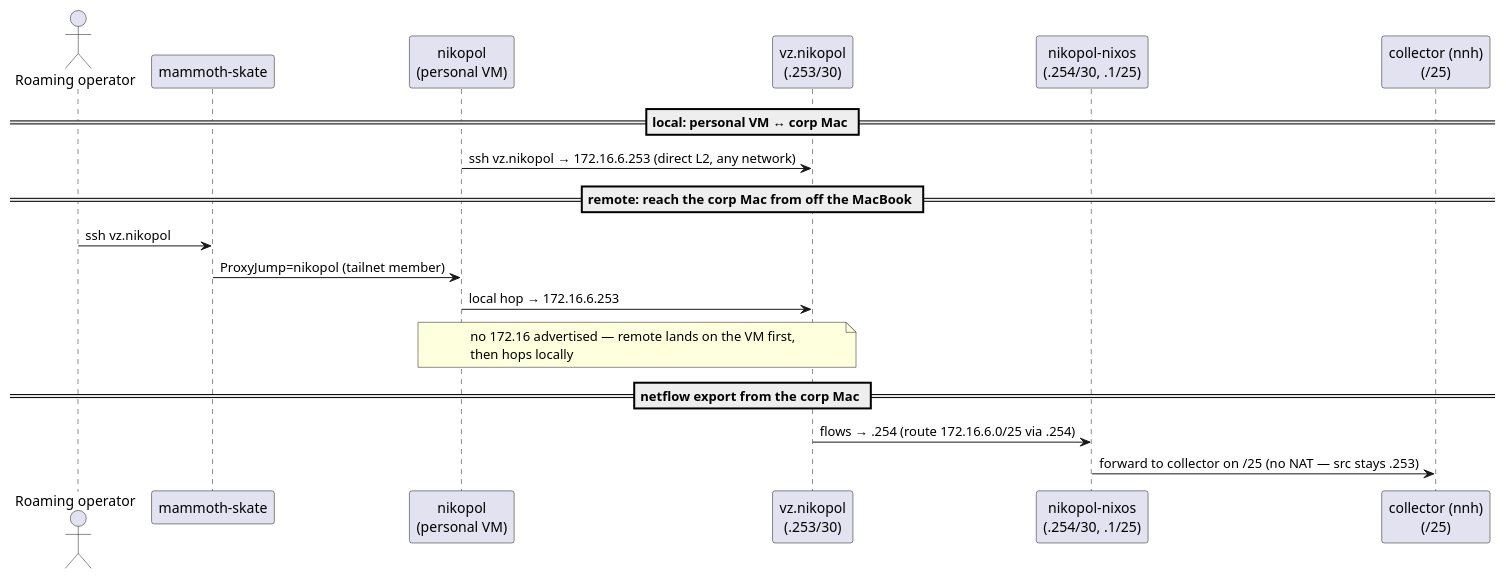
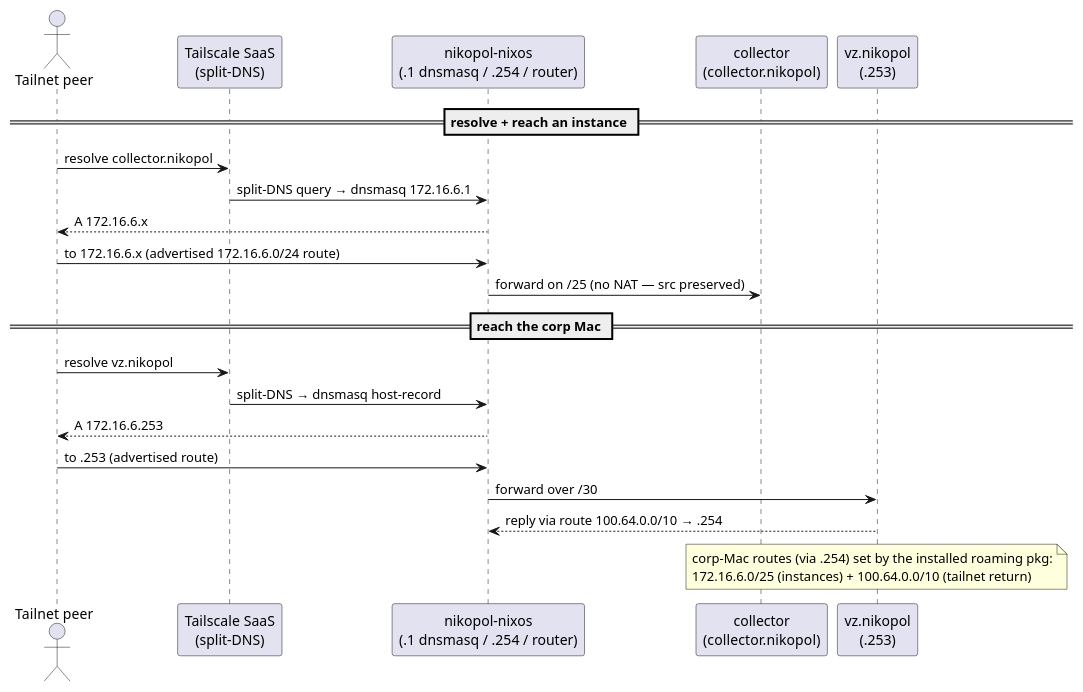
One commit to seedmatic/ndh changed the third of 3 diagrams in docs/network-topology-c4.adoc. Above: the diagram before and after it, drawn with PlantUML. The commit also changed other lines of this file and 5 other files, not shown here.

First line of the commit message:
feat(netplan): advertised split-DNS baremetal segments (nikopol + bioskop)

```diff
--- a/docs/network-topology-c4.adoc
+++ b/docs/network-topology-c4.adoc
@@ -157,24 +144,26 @@
 [plantuml,vz-host-sequence,svg]
 ----
 @startuml
-actor "Roaming operator" as OP
-participant "mammoth-skate" as TS
-participant "nikopol\n(personal VM)" as NK
-participant "vz.nikopol\n(.253/30)" as VZ
-participant "nikopol-nixos\n(.254/30, .1/25)" as NIXOS
-participant "collector (nnh)\n(/25)" as COLL
+actor "Tailnet peer" as OP
+participant "Tailscale SaaS\n(split-DNS)" as TS
+participant "nikopol-nixos\n(.1 dnsmasq / .254 / router)" as NIXOS
+participant "collector\n(collector.nikopol)" as COLL
+participant "vz.nikopol\n(.253)" as VZ
 
-== local: personal VM ↔ corp Mac ==
-NK -> VZ : ssh vz.nikopol → 172.16.6.253 (direct L2, any network)
+== resolve + reach an instance ==
+OP -> TS : resolve collector.nikopol
+TS -> NIXOS : split-DNS query → dnsmasq 172.16.6.1
+NIXOS --> OP : A 172.16.6.x
+OP -> NIXOS : to 172.16.6.x (advertised 172.16.6.0/24 route)
+NIXOS -> COLL : forward on /25 (no NAT — src preserved)
 
-== remote: reach the corp Mac from off the MacBook ==
-OP -> TS : ssh vz.nikopol
-TS -> NK : ProxyJump=nikopol (tailnet member)
-NK -> VZ : local hop → 172.16.6.253
-note over NK,VZ: no 172.16 advertised — remote lands on the VM first,\nthen hops locally
-
-== netflow export from the corp Mac ==
-VZ -> NIXOS : flows → .254 (route 172.16.6.0/25 via .254)
-NIXOS -> COLL: forward to collector on /25 (no NAT — src stays .253)
+== reach the corp Mac ==
+OP -> TS : resolve vz.nikopol
+TS -> NIXOS : split-DNS → dnsmasq host-record
+NIXOS --> OP : A 172.16.6.253
+OP -> NIXOS : to .253 (advertised route)
+NIXOS -> VZ : forward over /30
+VZ --> NIXOS : reply via route 100.64.0.0/10 → .254
+note over VZ: corp-Mac routes (via .254) set by the installed roaming pkg:\n172.16.6.0/25 (instances) + 100.64.0.0/10 (tailnet return)
 @enduml
 ----
```
